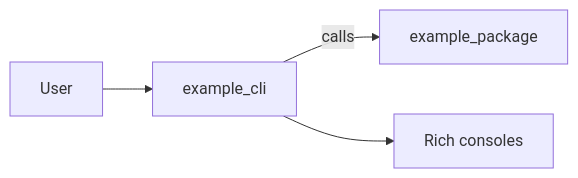
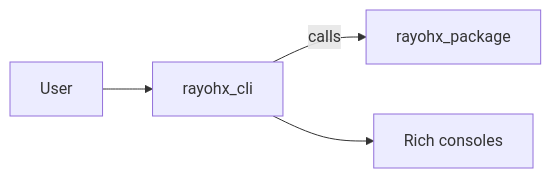
Before and after one commit to coldsofttech/RayoHX-Desktop: the second of 3 diagrams in docs/architecture.md, drawn with Mermaid. The commit also changed other lines of this file and 93 other files, not shown here.

````diff
--- a/docs/architecture.md
+++ b/docs/architecture.md
@@ -49,6 +49,6 @@
 ```mermaid
 flowchart LR
-    U[User] --> C[example_cli]
-    C -->|calls| L[example_package]
+    U[User] --> C[rayohx_cli]
+    C -->|calls| L[rayohx_package]
     C --> O[Rich consoles]
 ```
````
